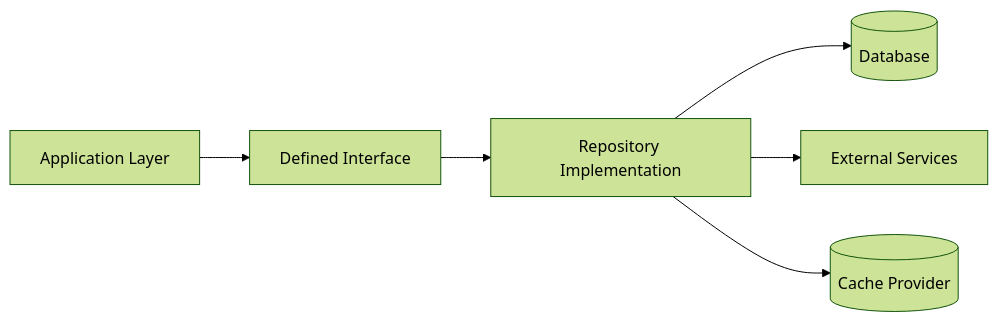
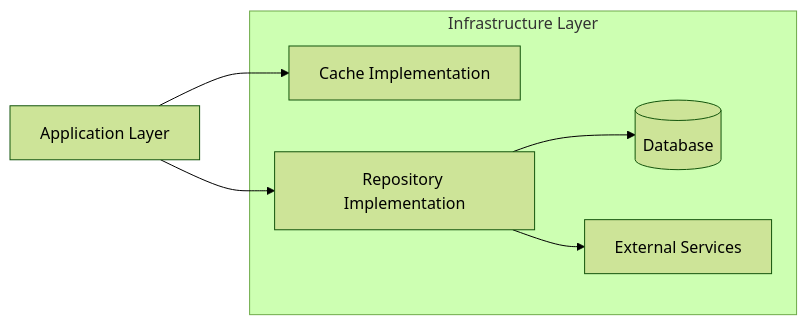
The fifth of 5 diagrams in docs/architecture/overview.md (HChakraborty/DotnetMicroserviceTemplate), drawn with Mermaid (forest theme) before and after one commit. The commit also changed other lines of this file, not shown here.

Commit message:
docs: update overview.md diagrams

````diff
--- a/docs/architecture/overview.md
+++ b/docs/architecture/overview.md
@@ -199,12 +201,17 @@
 ```mermaid
 flowchart LR
-    App[Application Layer] --> Interface[Defined Interface]
+    App[Application Layer]
 
-    Interface --> Repo[Repository Implementation]
+    subgraph Infrastructure Layer
+        Cache[Cache Implementation]
+        Repo[Repository Implementation]
+        DB[(Database)]
+        External[External Services]
+    end
 
-    Repo --> DB[(Database)]
+    App --> Cache
+    App --> Repo
 
-    Repo --> External[External Services]
-
-    Repo --> Cache[(Cache Provider)]
+    Repo --> DB
+    Repo --> External
 ```
````
